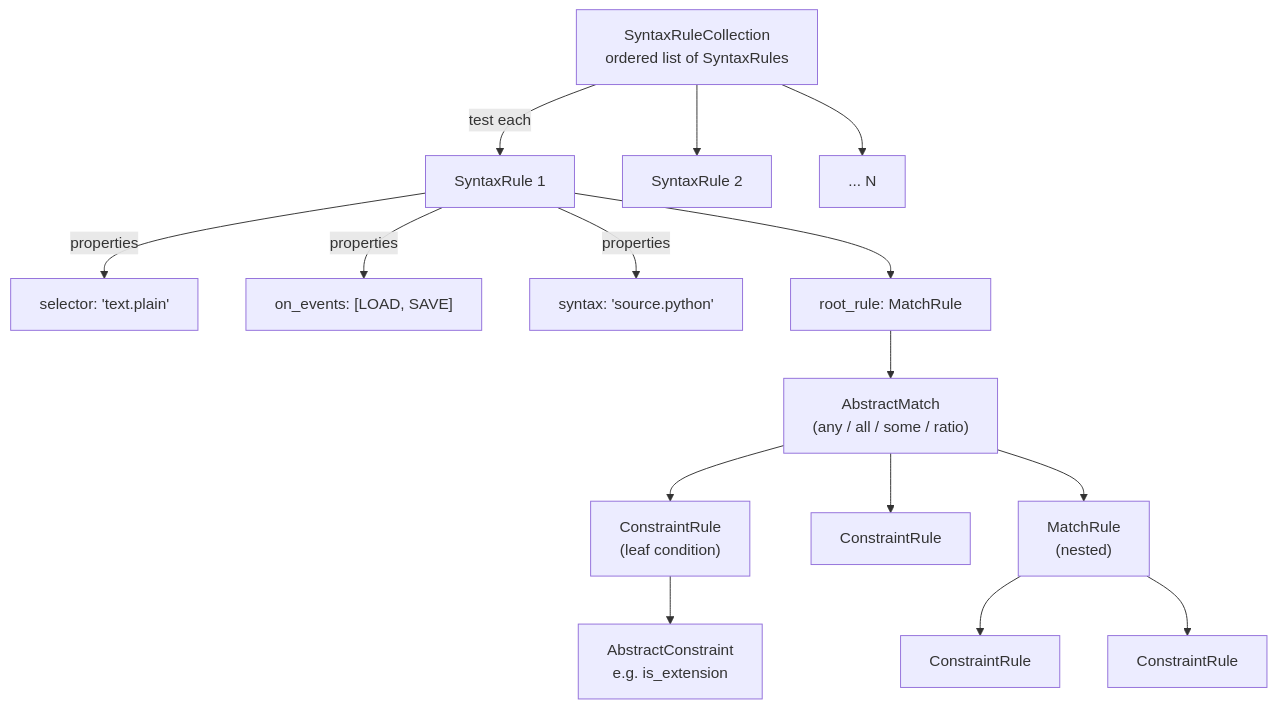
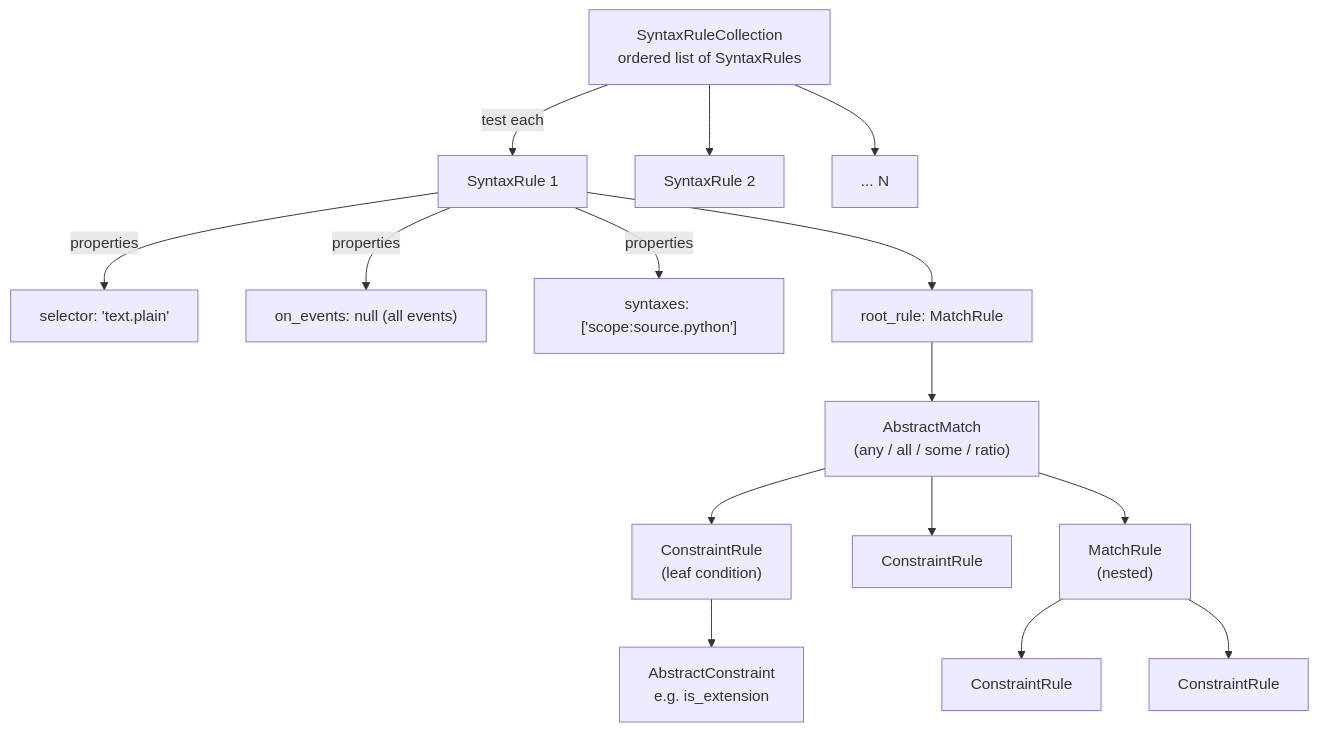
One commit to jfcherng-sublime/ST-AutoSetSyntax changed the third of 4 diagrams in docs/src/advanced-topics/how-it-works.md. Above: the diagram before and after it, drawn with Mermaid. The commit also changed other lines of this file and 1 other file, not shown here.

````diff
--- a/docs/src/advanced-topics/how-it-works.md
+++ b/docs/src/advanced-topics/how-it-works.md
@@ -116,21 +116,21 @@
 ```mermaid
 flowchart TD
     SCR["SyntaxRuleCollection<br/>ordered list of SyntaxRules"] -->|test each| SR1["SyntaxRule 1"]
     SCR --> SR2["SyntaxRule 2"]
     SCR --> SR3["... N"]
 
     SR1 -->|properties| Selector["selector: 'text.plain'"]
-    SR1 -->|properties| OnEvents["on_events: [LOAD, SAVE]"]
-    SR1 -->|properties| Syntaxes["syntax: 'source.python'"]
+    SR1 -->|properties| OnEvents["on_events: null (all events)"]
+    SR1 -->|properties| Syntaxes["syntaxes: ['scope:source.python']"]
 
     SR1 --> MR["root_rule: MatchRule"]
     MR --> Match["AbstractMatch<br/>(any / all / some / ratio)"]
     Match --> CR1["ConstraintRule<br/>(leaf condition)"]
     Match --> CR2["ConstraintRule"]
     Match --> NestedMatch["MatchRule<br/>(nested)"]
 
     NestedMatch --> CR3["ConstraintRule"]
     NestedMatch --> CR4["ConstraintRule"]
 
     CR1 --> Constraint["AbstractConstraint<br/>e.g. is_extension"]
 ```
````
